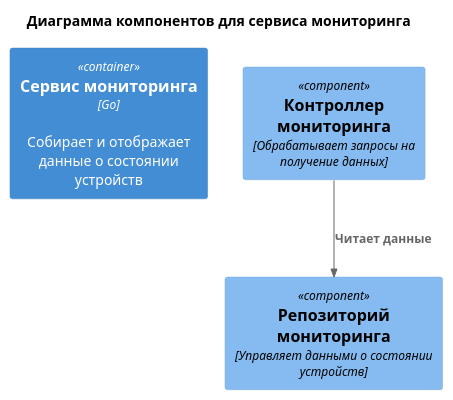
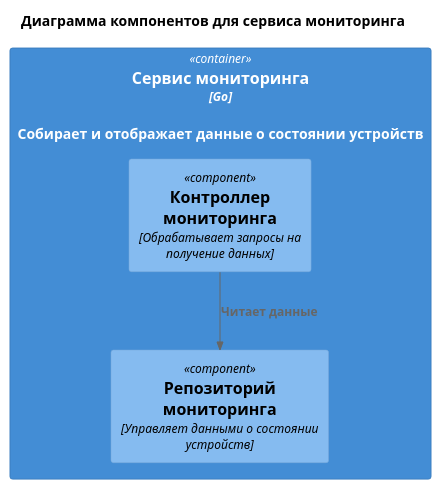
Before and after one commit to spinel/swa16: the diagram in diagrams/01/02_monitoring-controller.plantuml, drawn with PlantUML. The commit also changed 5 other files, not shown here.

Commit message:
diagrams

```diff
--- a/diagrams/01/02_monitoring-controller.plantuml
+++ b/diagrams/01/02_monitoring-controller.plantuml
@@ -1,13 +1,13 @@
 @startuml
 title Диаграмма компонентов для сервиса мониторинга
 
 !includeurl https://raw.githubusercontent.com/RicardoNiepel/C4-PlantUML/master/C4_Component.puml
 
-Container(monitoringService, "Сервис мониторинга", "Go", "Собирает и отображает данные о состоянии устройств")
-
-Component(monitoringController, "Контроллер мониторинга", "Обрабатывает запросы на получение данных")
-Component(monitoringRepository, "Репозиторий мониторинга", "Управляет данными о состоянии устройств")
+Container(monitoringService, "Сервис мониторинга", "Go", "Собирает и отображает данные о состоянии устройств") {
+    Component(monitoringController, "Контроллер мониторинга", "Обрабатывает запросы на получение данных")
+    Component(monitoringRepository, "Репозиторий мониторинга", "Управляет данными о состоянии устройств")
+}
 
 Rel(monitoringController, monitoringRepository, "Читает данные")
 
 @enduml
```
